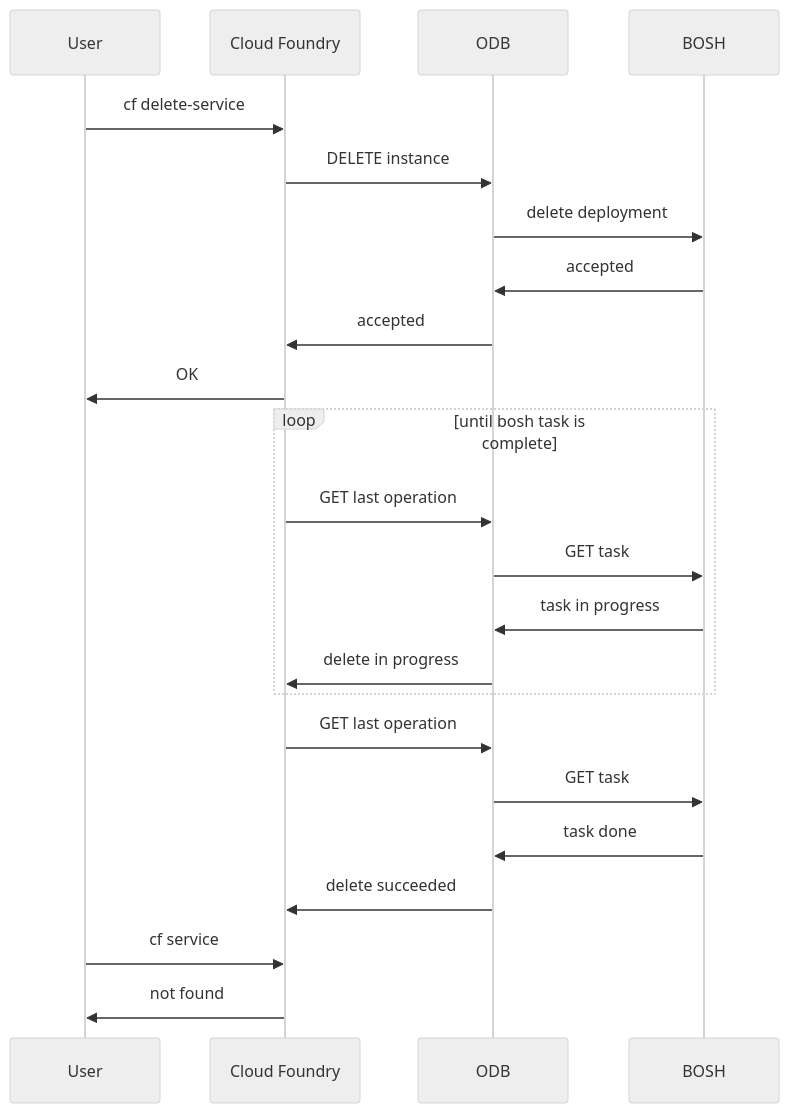
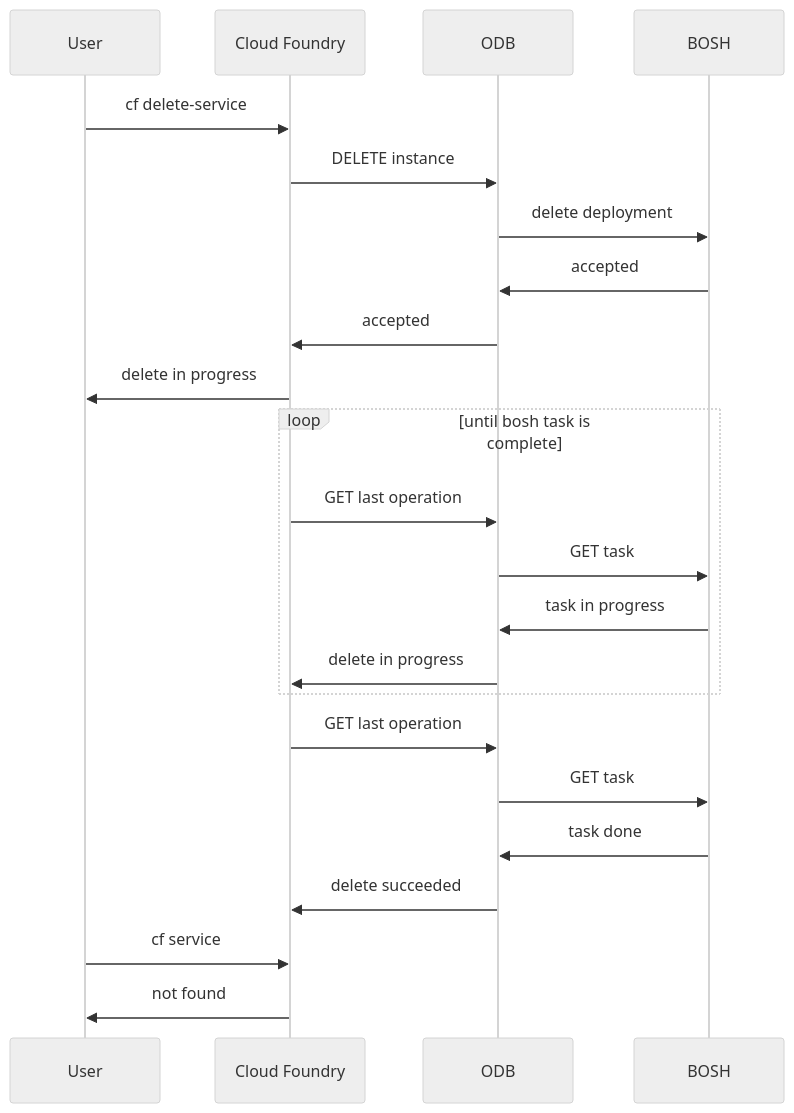
One commit to pivotal-cf/docs-on-demand-service-broker changed the diagram in mmd/delete_service_workflow.mmd. Above: the diagram before and after it, drawn with Mermaid (neutral theme). The commit also changed 5 other files, not shown here.

First line of the commit message:
Improve sequence diagrams

```diff
--- a/mmd/delete_service_workflow.mmd
+++ b/mmd/delete_service_workflow.mmd
@@ -1,21 +1,21 @@
 <div class="mermaid">
 sequenceDiagram
   User->>Cloud Foundry:cf delete-service
   Cloud Foundry->>ODB:DELETE instance
   ODB->>BOSH:delete deployment
   BOSH->>ODB:accepted
   ODB->>Cloud Foundry:accepted
-  Cloud Foundry->>User: OK
+  Cloud Foundry->>User: delete in progress
   loop until bosh task is complete
     Cloud Foundry->>ODB: GET last operation
     ODB->>BOSH: GET task
     BOSH->>ODB: task in progress
     ODB->>Cloud Foundry: delete in progress
   end
   Cloud Foundry->>ODB: GET last operation
   ODB->>BOSH: GET task
   BOSH->>ODB: task done
   ODB->>Cloud Foundry: delete succeeded
   User->>Cloud Foundry:cf service
   Cloud Foundry->>User: not found
 </div>
```
